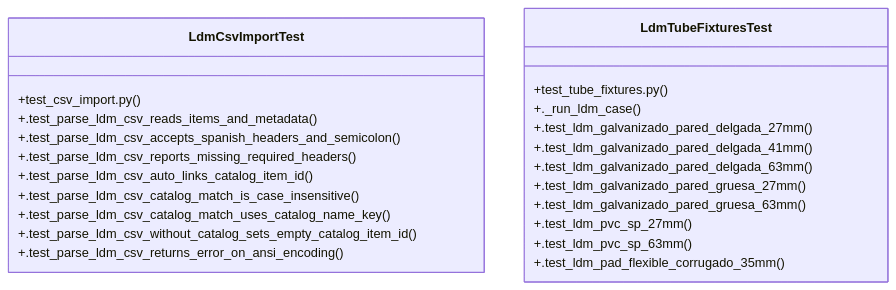
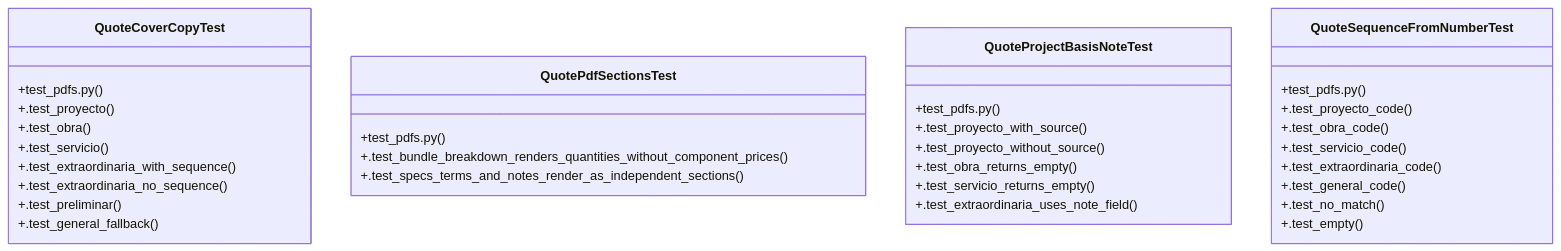
One commit to Daftrick/ProjectTracker changed the diagram in graphify-out/wiki/Community_8.md. Above: the diagram before and after it, drawn with Mermaid. The commit also changed other lines of this file and 373 other files, not shown here.

Commit message:
feat: multiple quote templates and bundle breakdown

````diff
--- a/graphify-out/wiki/Community_8.md
+++ b/graphify-out/wiki/Community_8.md
@@ -36,26 +36,36 @@
 ```mermaid
 classDiagram
-    class LdmCsvImportTest {
-        +test_csv_import.py()
-        +.test_parse_ldm_csv_reads_items_and_metadata()
-        +.test_parse_ldm_csv_accepts_spanish_headers_and_semicolon()
-        +.test_parse_ldm_csv_reports_missing_required_headers()
-        +.test_parse_ldm_csv_auto_links_catalog_item_id()
-        +.test_parse_ldm_csv_catalog_match_is_case_insensitive()
-        +.test_parse_ldm_csv_catalog_match_uses_catalog_name_key()
-        +.test_parse_ldm_csv_without_catalog_sets_empty_catalog_item_id()
-        +.test_parse_ldm_csv_returns_error_on_ansi_encoding()
+    class QuoteCoverCopyTest {
+        +test_pdfs.py()
+        +.test_proyecto()
+        +.test_obra()
+        +.test_servicio()
+        +.test_extraordinaria_with_sequence()
+        +.test_extraordinaria_no_sequence()
+        +.test_preliminar()
+        +.test_general_fallback()
     }
-    class LdmTubeFixturesTest {
-        +test_tube_fixtures.py()
-        +._run_ldm_case()
-        +.test_ldm_galvanizado_pared_delgada_27mm()
-        +.test_ldm_galvanizado_pared_delgada_41mm()
-        +.test_ldm_galvanizado_pared_delgada_63mm()
-        +.test_ldm_galvanizado_pared_gruesa_27mm()
-        +.test_ldm_galvanizado_pared_gruesa_63mm()
-        +.test_ldm_pvc_sp_27mm()
-        +.test_ldm_pvc_sp_63mm()
-        +.test_ldm_pad_flexible_corrugado_35mm()
+    class QuotePdfSectionsTest {
+        +test_pdfs.py()
+        +.test_bundle_breakdown_renders_quantities_without_component_prices()
+        +.test_specs_terms_and_notes_render_as_independent_sections()
+    }
+    class QuoteProjectBasisNoteTest {
+        +test_pdfs.py()
+        +.test_proyecto_with_source()
+        +.test_proyecto_without_source()
+        +.test_obra_returns_empty()
+        +.test_servicio_returns_empty()
+        +.test_extraordinaria_uses_note_field()
+    }
+    class QuoteSequenceFromNumberTest {
+        +test_pdfs.py()
+        +.test_proyecto_code()
+        +.test_obra_code()
+        +.test_servicio_code()
+        +.test_extraordinaria_code()
+        +.test_general_code()
+        +.test_no_match()
+        +.test_empty()
     }
 ```
````
